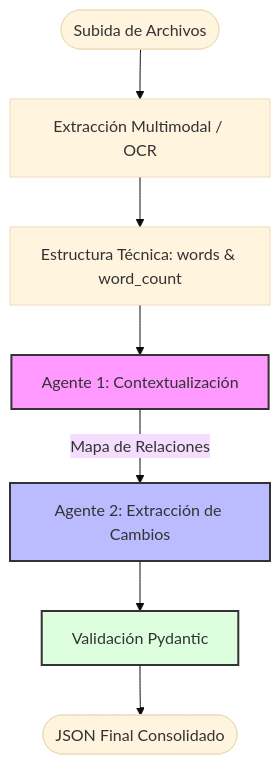
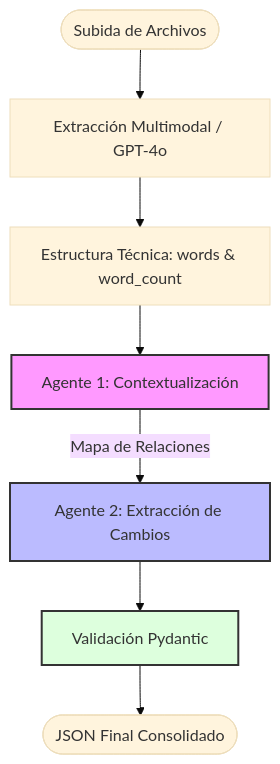
One commit to tonyzl/dragndropjson changed the diagram in README.md. Above: the diagram before and after it, drawn with Mermaid (base theme).

Commit message:
puliendo el readme

````diff
--- a/README.md
+++ b/README.md
@@ -25,14 +25,14 @@
 ```mermaid
 graph TD
-    Start([Subida de Archivos]) --> Vision[Extracción Multimodal / OCR]
+    Start([Subida de Archivos]) --> Vision[Extracción Multimodal / GPT-4o ]
     Vision --> Parsing[Estructura Técnica: words & word_count]
     Parsing --> Agent1[Agente 1: Contextualización]
     Agent1 -->|Mapa de Relaciones| Agent2[Agente 2: Extracción de Cambios]
     Agent2 --> Validation[Validación Pydantic]
     Validation --> Output([JSON Final Consolidado])
 
     style Agent1 fill:#f9f,stroke:#333,stroke-width:2px
     style Agent2 fill:#bbf,stroke:#333,stroke-width:2px
     style Validation fill:#dfd,stroke:#333,stroke-width:2px
 
 ```    
````
